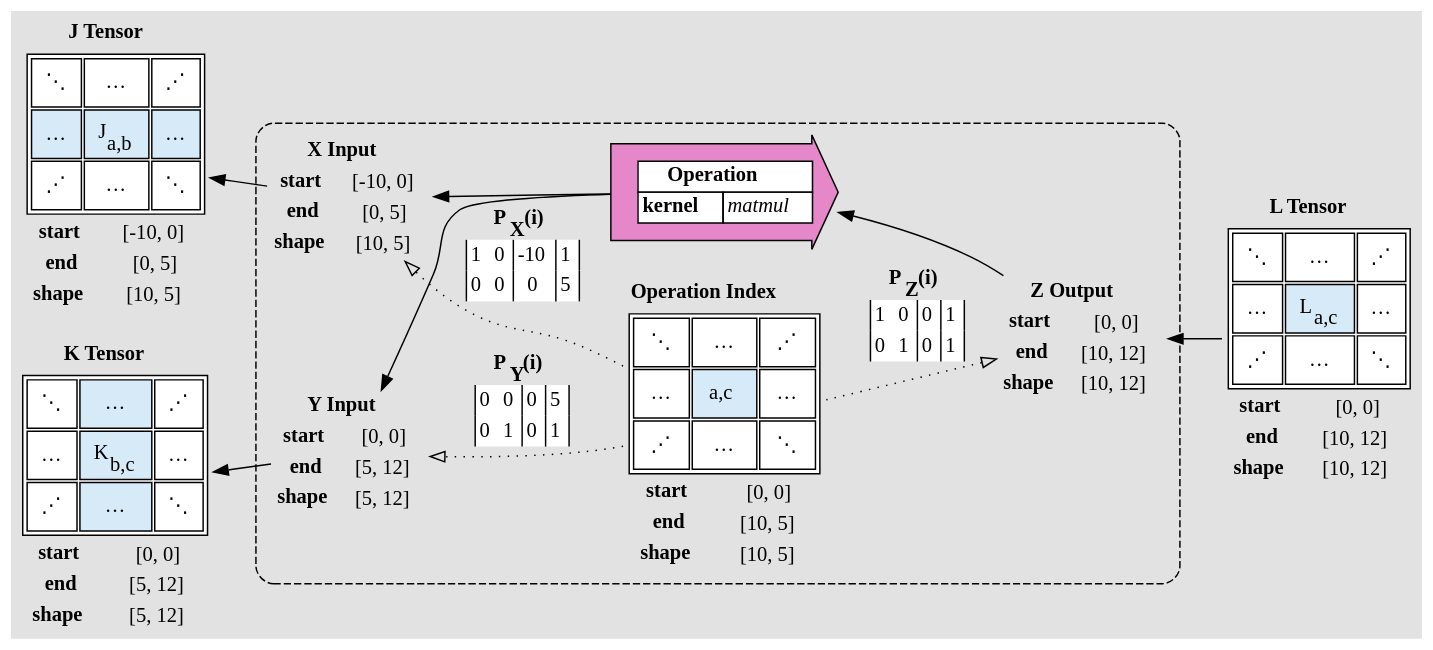
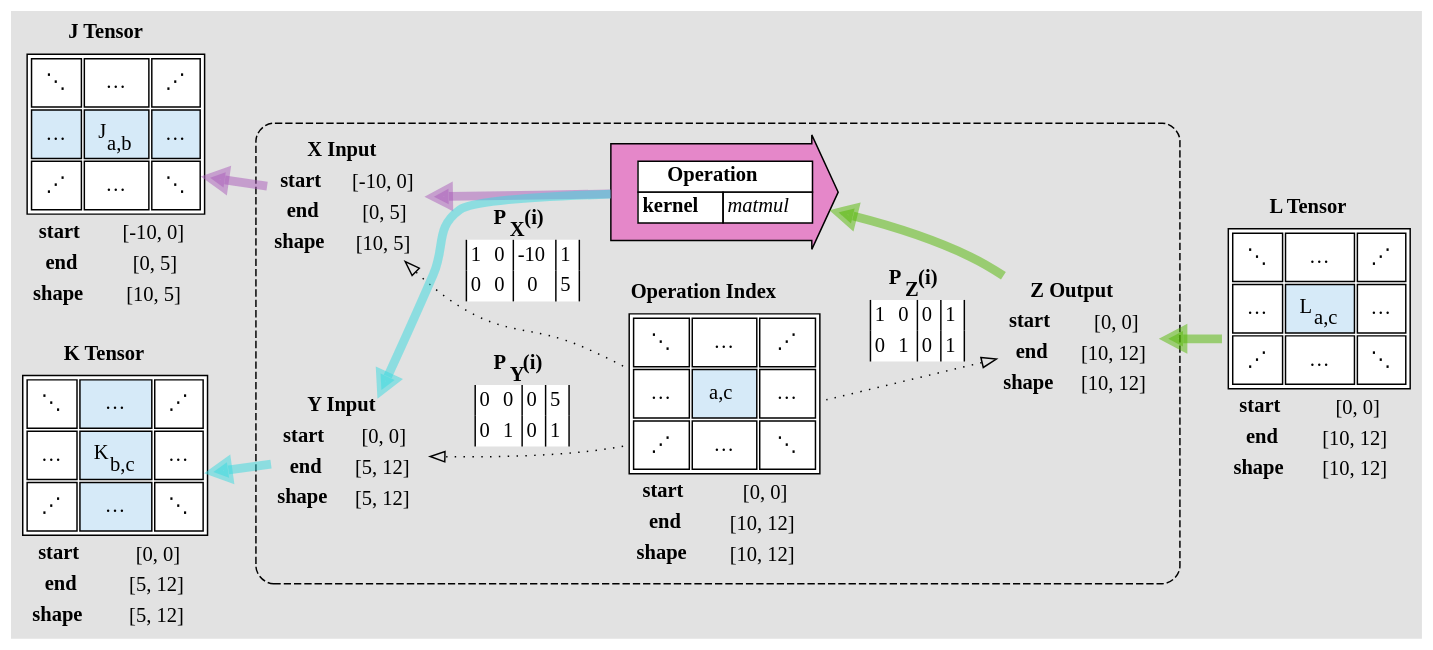
The diagram in docs/PolyhedralTypes/PolyhedralTypeSignatures/matmul.example.dot (crutcher/tapestry), drawn with Graphviz before and after one commit. The commit also changed 8 other files, not shown here.

```diff
--- a/docs/PolyhedralTypes/PolyhedralTypeSignatures/matmul.example.dot
+++ b/docs/PolyhedralTypes/PolyhedralTypeSignatures/matmul.example.dot
@@ -131,7 +131,7 @@
       </table>
     >;
   ];
-  subgraph cluster_0 {
+  subgraph cluster_op {
     style="dashed, rounded";
     peripheries=1;
     idx [
@@ -168,11 +168,11 @@
           </tr>
           <tr>
             <td><b>end</b></td>
-            <td>[10, 5]</td>
+            <td>[10, 12]</td>
           </tr>
           <tr>
             <td><b>shape</b></td>
-            <td>[10, 5]</td>
+            <td>[10, 12]</td>
           </tr>
         </table>
       >;
@@ -262,12 +262,30 @@
     ];
   }
   // end cluster_0
-  op -> x;
-  x -> j;
-  op -> y;
-  y -> k;
-  l -> z;
-  z -> op;
+  subgraph x_edges {
+    Edge [
+      penwidth=6;
+      color="#A95BB980";
+    ];
+    op -> x;
+    x -> j;
+  }
+  subgraph y_edges {
+    Edge [
+      penwidth=6;
+      color="#38DAE080";
+    ];
+    op -> y;
+    y -> k;
+  }
+  subgraph z_edges {
+    Edge [
+      penwidth=6;
+      color="#53B80280";
+    ];
+    l -> z;
+    z -> op;
+  }
   idx -> x [
     label=<
       <table border="0" cellborder="0">
```
